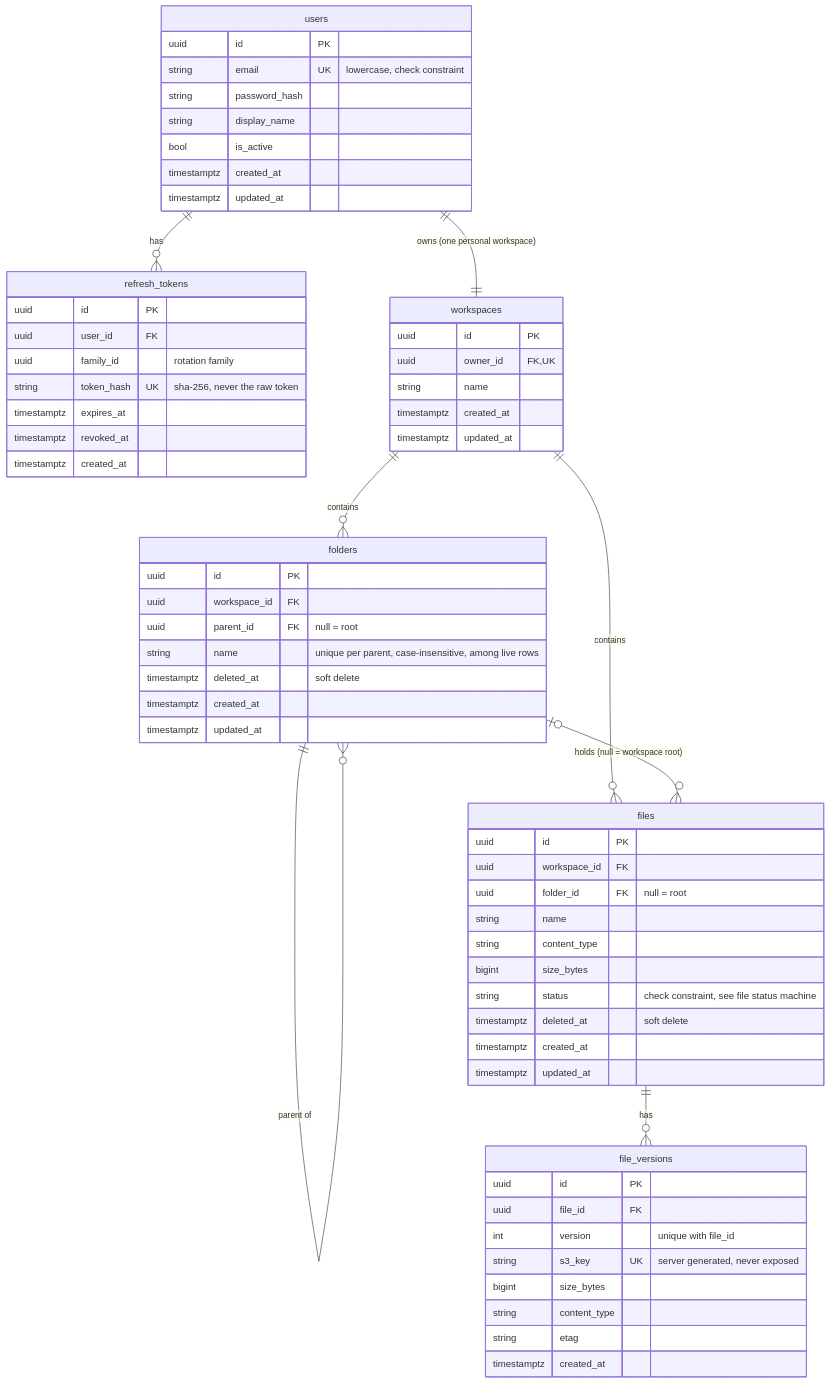
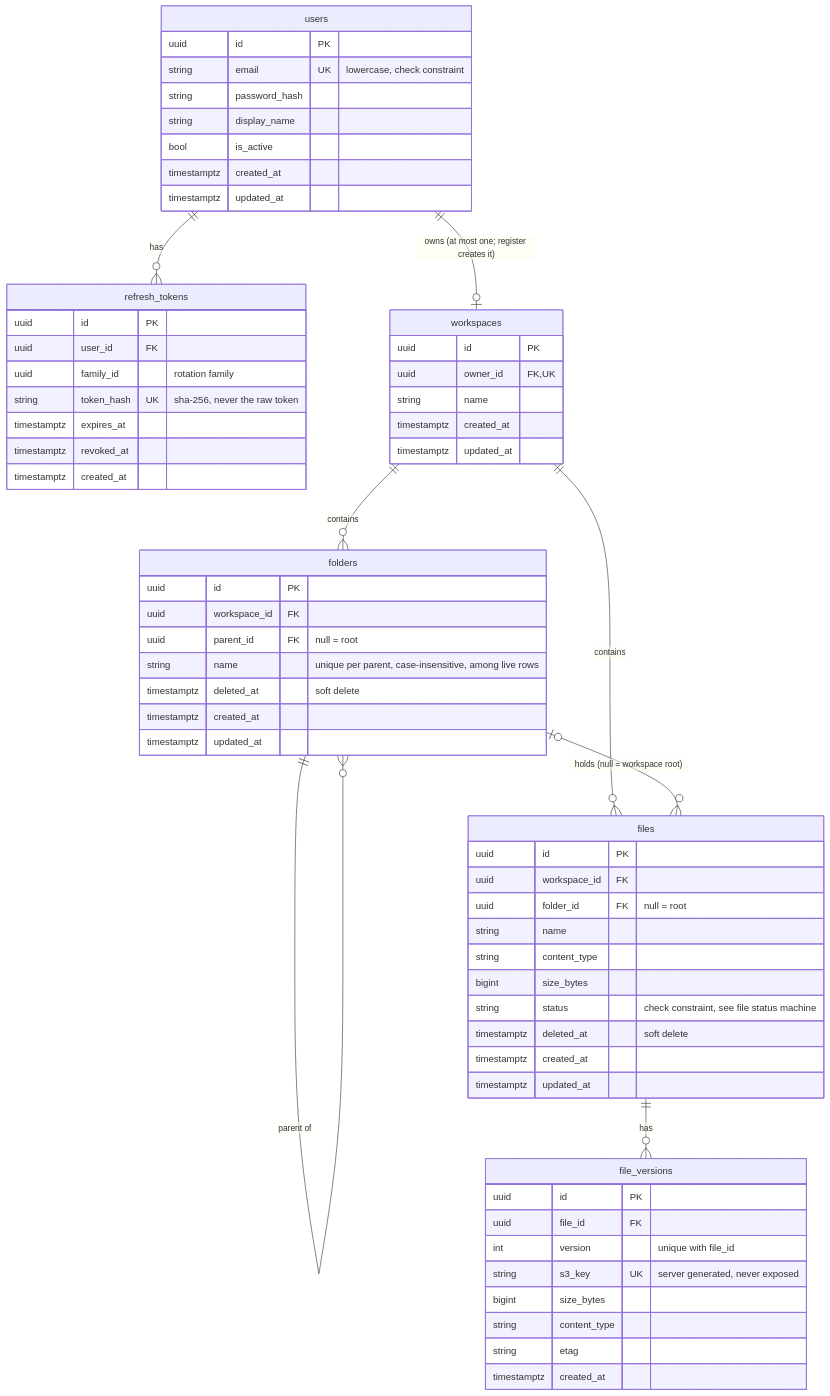
Before and after one commit to manan-77/clouddrop: the diagram in docs/er-diagram.md, drawn with Mermaid. The commit also changed other lines of this file and 4 other files, not shown here.

Commit message:
docs: fix review findings in API reference, ER diagram and env template

````diff
--- a/docs/er-diagram.md
+++ b/docs/er-diagram.md
@@ -5,67 +5,67 @@
 ```mermaid
 erDiagram
     users ||--o{ refresh_tokens : "has"
-    users ||--|| workspaces : "owns (one personal workspace)"
+    users ||--o| workspaces : "owns (at most one; register creates it)"
     workspaces ||--o{ folders : "contains"
     workspaces ||--o{ files : "contains"
     folders ||--o{ folders : "parent of"
     folders |o--o{ files : "holds (null = workspace root)"
     files ||--o{ file_versions : "has"
 
     users {
         uuid id PK
         string email UK "lowercase, check constraint"
         string password_hash
         string display_name
         bool is_active
         timestamptz created_at
         timestamptz updated_at
     }
     refresh_tokens {
         uuid id PK
         uuid user_id FK
         uuid family_id "rotation family"
         string token_hash UK "sha-256, never the raw token"
         timestamptz expires_at
         timestamptz revoked_at
         timestamptz created_at
     }
     workspaces {
         uuid id PK
         uuid owner_id FK,UK
         string name
         timestamptz created_at
         timestamptz updated_at
     }
     folders {
         uuid id PK
         uuid workspace_id FK
         uuid parent_id FK "null = root"
         string name "unique per parent, case-insensitive, among live rows"
         timestamptz deleted_at "soft delete"
         timestamptz created_at
         timestamptz updated_at
     }
     files {
         uuid id PK
         uuid workspace_id FK
         uuid folder_id FK "null = root"
         string name
         string content_type
         bigint size_bytes
         string status "check constraint, see file status machine"
         timestamptz deleted_at "soft delete"
         timestamptz created_at
         timestamptz updated_at
     }
     file_versions {
         uuid id PK
         uuid file_id FK
         int version "unique with file_id"
         string s3_key UK "server generated, never exposed"
         bigint size_bytes
         string content_type
         string etag
         timestamptz created_at
     }
 ```
````
